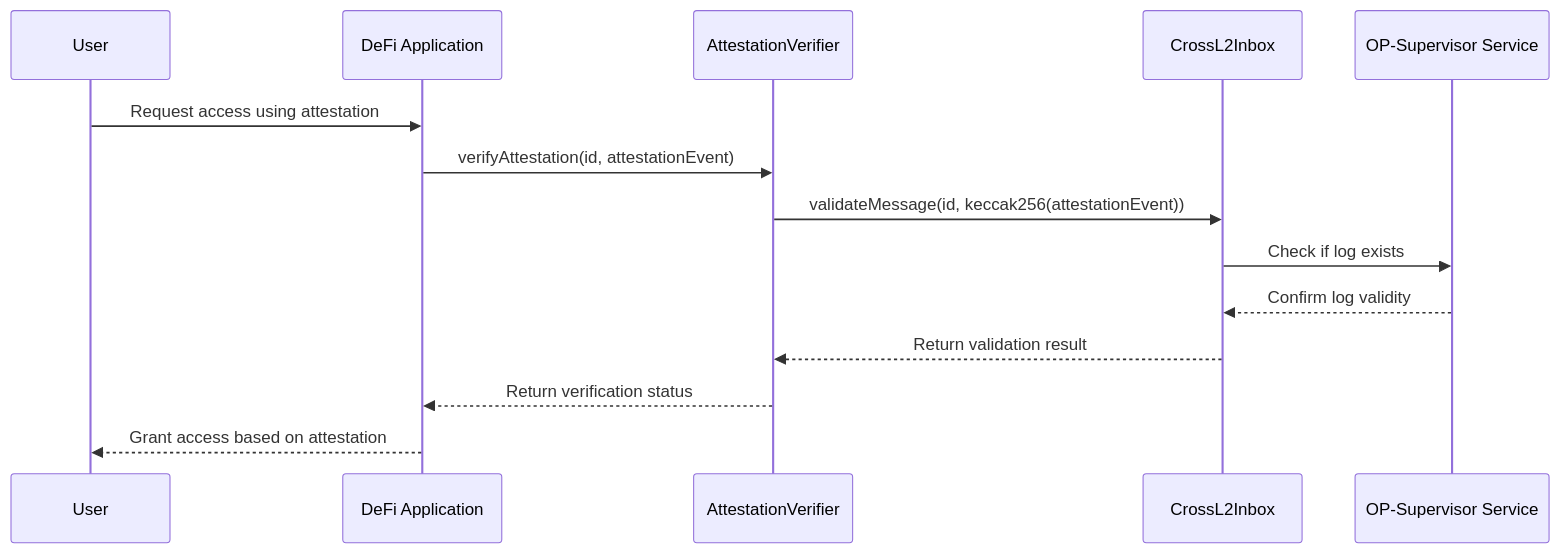
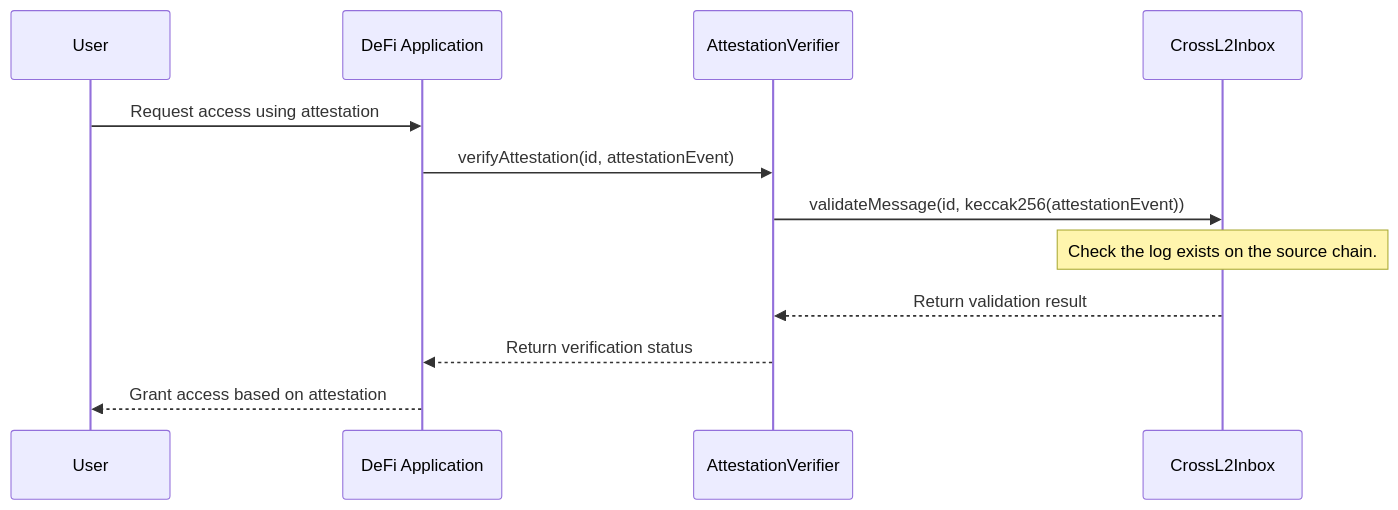
Before and after one commit to ethereum-optimism/optimism: the second of 4 diagrams in docs/public-docs/app-developers/guides/interoperability/reading-logs.mdx, drawn with Mermaid. The commit also changed other lines of this file and 3817 other files, not shown here.

````diff
--- a/docs/public-docs/app-developers/guides/interoperability/reading-logs.mdx
+++ b/docs/public-docs/app-developers/guides/interoperability/reading-logs.mdx
@@ -79,17 +80,15 @@
 ```mermaid
 sequenceDiagram
     participant User
     participant DeFi as DeFi Application
     participant Verifier as AttestationVerifier
     participant CrossL2 as CrossL2Inbox
-    participant OP as OP-Supervisor Service
-    
+
     User->>DeFi: Request access using attestation
     DeFi->>Verifier: verifyAttestation(id, attestationEvent)
     Verifier->>CrossL2: validateMessage(id, keccak256(attestationEvent))
-    CrossL2->>OP: Check if log exists
-    OP-->>CrossL2: Confirm log validity
+    Note over CrossL2: Check the log exists on the source chain.
     CrossL2-->>Verifier: Return validation result
     Verifier-->>DeFi: Return verification status
     DeFi-->>User: Grant access based on attestation
 ```
````
